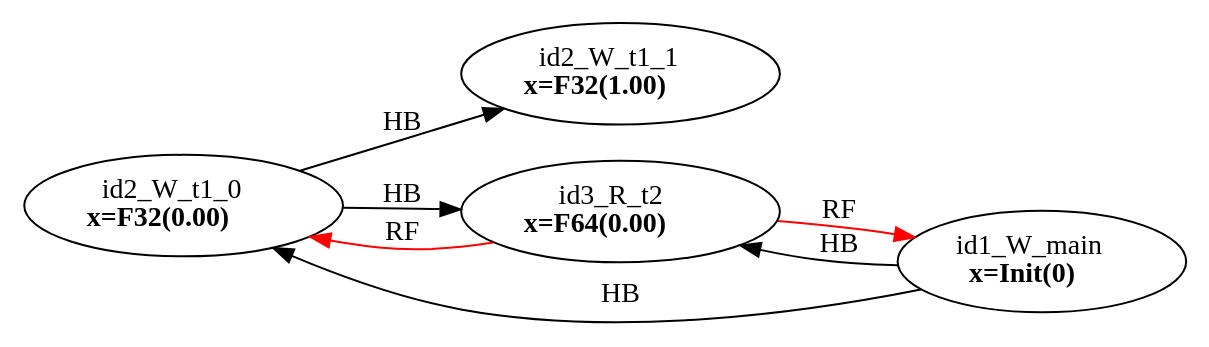
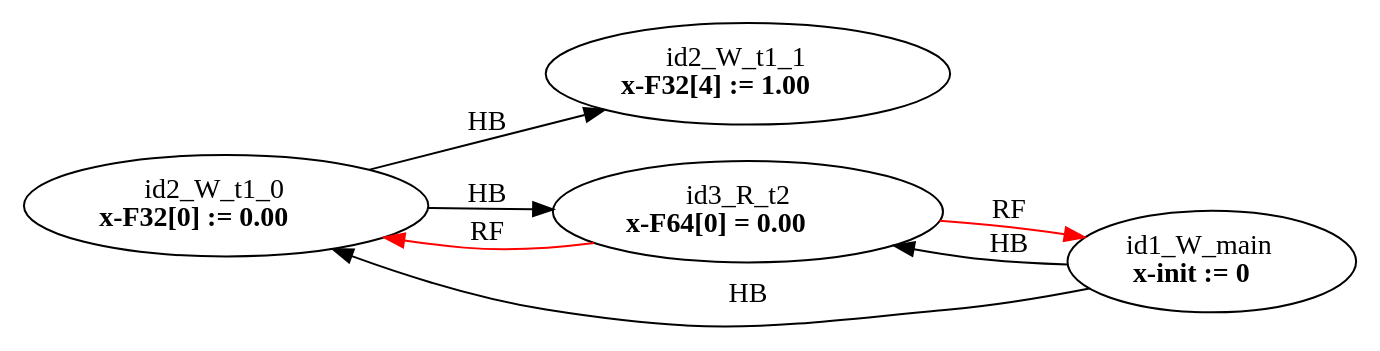
The diagram in examples/single_var/sv_simple10/mm2.dot (FMJS/EMME), drawn with Graphviz before and after one commit. The commit also changed 354 other files, not shown here.

```diff
--- a/examples/single_var/sv_simple10/mm2.dot
+++ b/examples/single_var/sv_simple10/mm2.dot
@@ -1,14 +1,14 @@
 digraph memory_model {
 rankdir=LR;
 splines=true; esep=0.5;
 id2_W_t1_0 -> id2_W_t1_1 [label = "HB", color="black"];
 id1_W_main -> id2_W_t1_0 [label = "HB", color="black"];
 id1_W_main -> id3_R_t2 [label = "HB", color="black"];
 id2_W_t1_0 -> id3_R_t2 [label = "HB", color="black"];
 id3_R_t2 -> id1_W_main [label = "RF", color="red"];
 id3_R_t2 -> id2_W_t1_0 [label = "RF", color="red"];
-id1_W_main [label=<id1_W_main<br/><B>x=Init(0)</B>>, pos="2.5,4!"]
-id2_W_t1_0 [label=<id2_W_t1_0<br/><B>x=F32(0.00)</B>>, pos="0,2!"]
-id2_W_t1_1 [label=<id2_W_t1_1<br/><B>x=F32(1.00)</B>>, pos="0,0!"]
-id3_R_t2 [label=<id3_R_t2<br/><B>x=F64(0.00)</B>>, pos="5,2!"]
+id1_W_main [label=<id1_W_main<br/><B>x-init := 0</B>>, pos="2.5,4!"]
+id2_W_t1_0 [label=<id2_W_t1_0<br/><B>x-F32[0] := 0.00</B>>, pos="0,2!"]
+id2_W_t1_1 [label=<id2_W_t1_1<br/><B>x-F32[4] := 1.00</B>>, pos="0,0!"]
+id3_R_t2 [label=<id3_R_t2<br/><B>x-F64[0] = 0.00</B>>, pos="5,2!"]
 }
```
